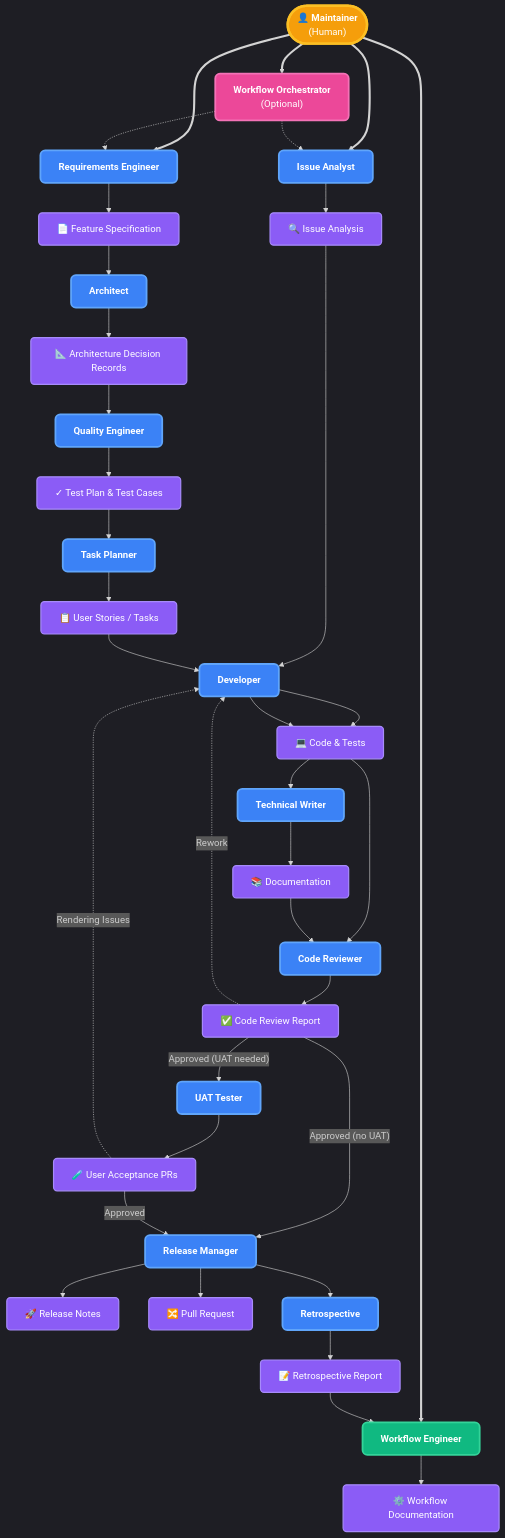
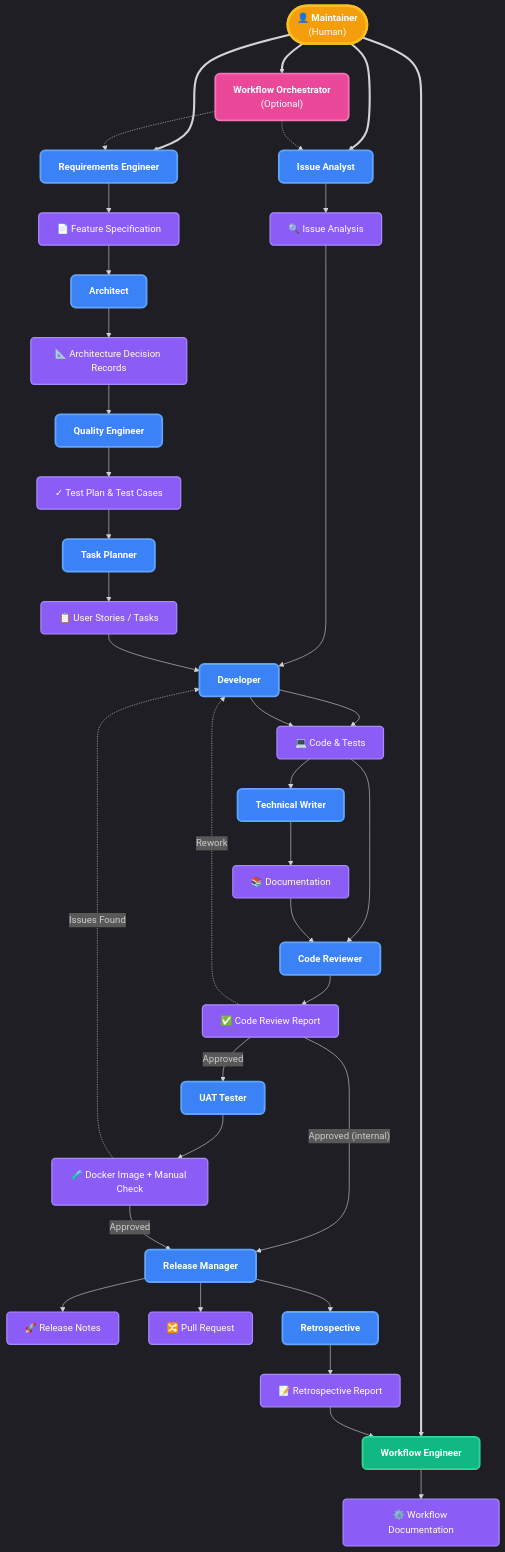
Before and after one commit to StanislavMakhrov/green-ledger: the diagram in docs/agents.md, drawn with Mermaid. The commit also changed other lines of this file and 15 other files, not shown here.

```diff
--- a/docs/agents.md
+++ b/docs/agents.md
@@ -223,7 +222,7 @@
 	UAT_AGENT["<b>UAT Tester</b>"]
 
 	%% Row 16: UAT Artifacts
-	UAT["🧪 User Acceptance PRs"]
+	UAT["🧪 Docker Image + Manual Check"]
 
 	%% Row 17: Release Manager
 	RM["<b>Release Manager</b>"]
@@ -263,11 +262,11 @@
 
 	CR --> CRR
 	CRR -. "Rework" .-> DEV
-	CRR -- "Approved (UAT needed)" --> UAT_AGENT
-	CRR -- "Approved (no UAT)" --> RM
+	CRR -- "Approved" --> UAT_AGENT
+	CRR -- "Approved (internal)" --> RM
 
 	UAT_AGENT --> UAT
-	UAT -. "Rendering Issues" .-> DEV
+	UAT -. "Issues Found" .-> DEV
 	UAT -- "Approved" --> RM
 
 	RM --> REL
```
